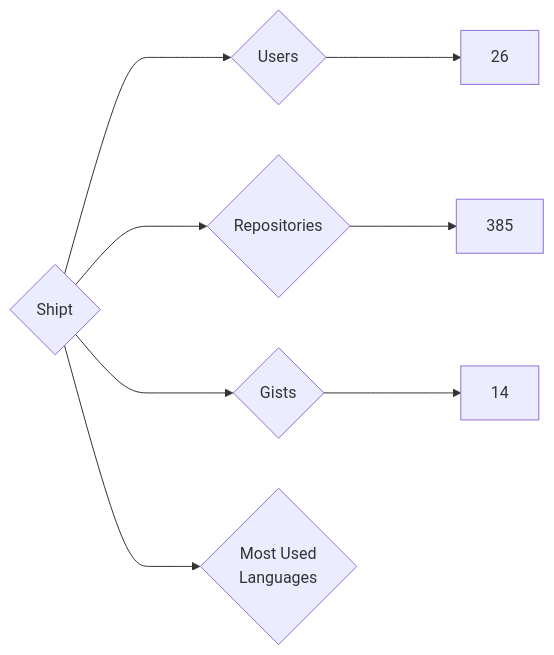
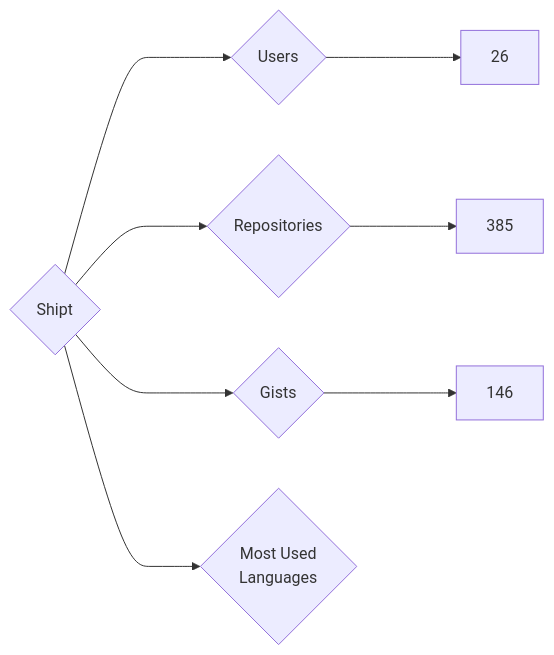
Before and after one commit to nenadzaric/insiders: the diagram in targets/Shipt/README.md, drawn with Mermaid. The commit also changed 1342 other files, not shown here.

````diff
--- a/targets/Shipt/README.md
+++ b/targets/Shipt/README.md
@@ -3,8 +3,8 @@
 ```mermaid
 graph LR
 COMPANY_NAME{Shipt}
 COMPANY_NAME ---> U{Users} ---> UN[26]
 COMPANY_NAME ---> R{Repositories} ---> RN[385]
-COMPANY_NAME ---> G{Gists} ---> GN[14]
+COMPANY_NAME ---> G{Gists} ---> GN[146]
 COMPANY_NAME ---> ML{Most Used<br>Languages}
 ```
````
